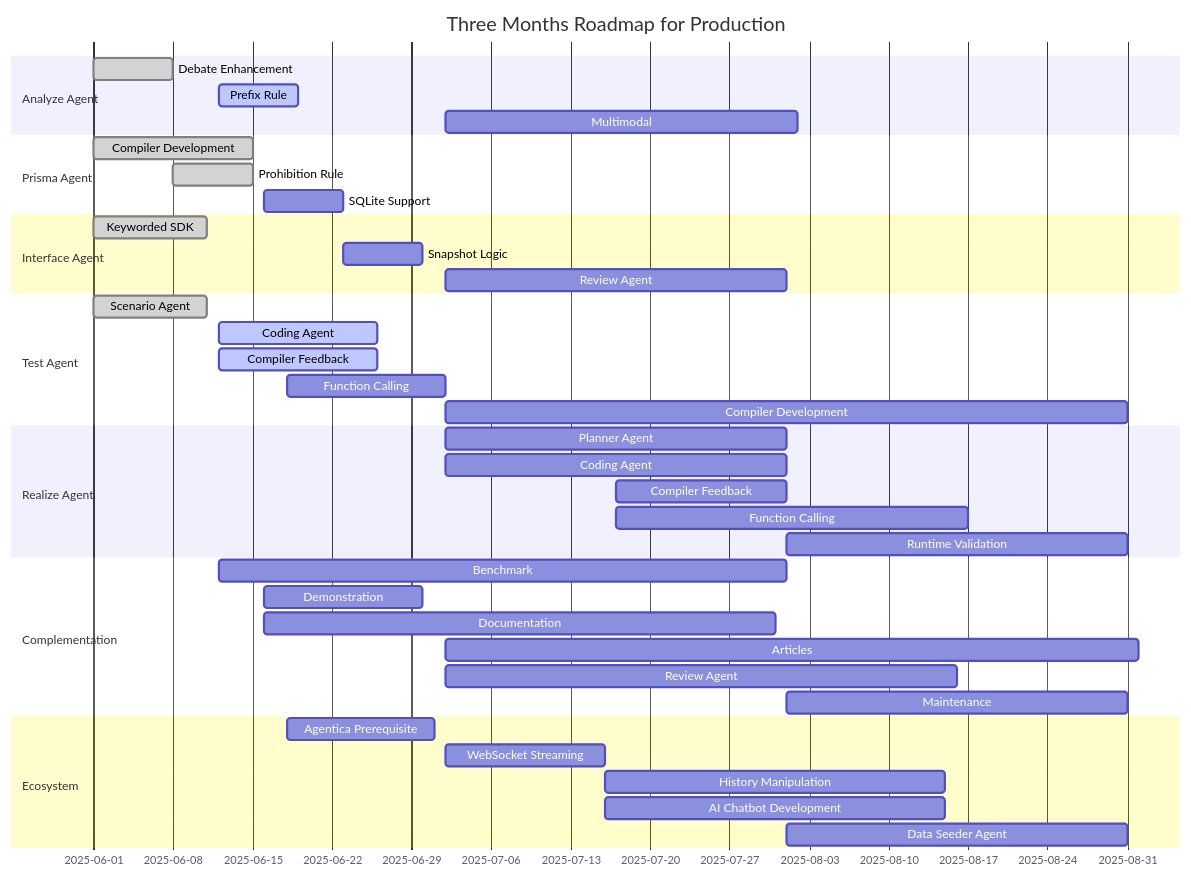
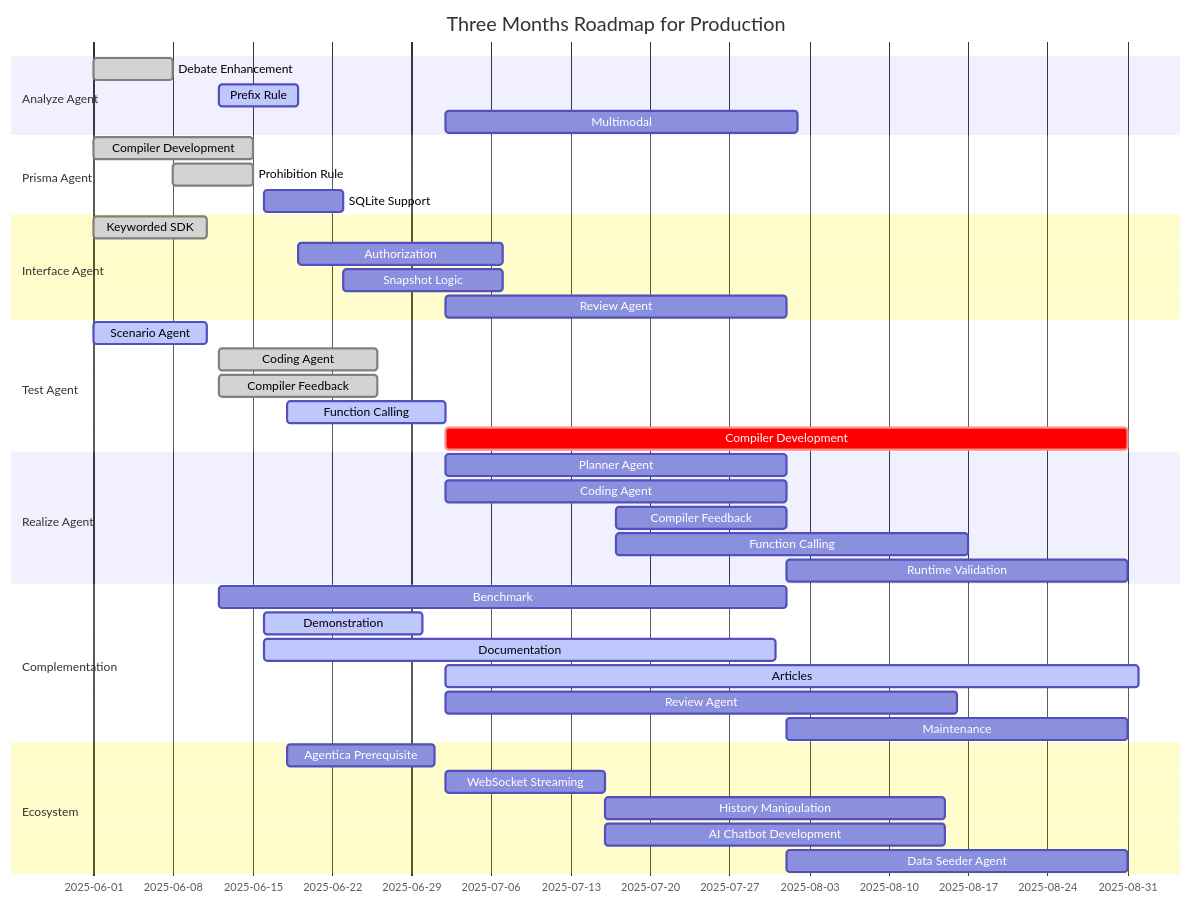
One commit to wrtnlabs/autobe changed the diagram in website/template/AutoBeRoadmapPreface.mdx. Above: the diagram before and after it, drawn with Mermaid. The commit also changed 2 other files, not shown here.

Commit message:
feat(website): new authorization plan to roadmap

````diff
--- a/website/template/AutoBeRoadmapPreface.mdx
+++ b/website/template/AutoBeRoadmapPreface.mdx
@@ -1,49 +1,50 @@
 ```mermaid
 gantt
   dateFormat YYYY-MM-DD
   title Three Months Roadmap for Production
 
   section Analyze Agent
   Debate Enhancement: done,    2025-06-01,  7d
   Prefix Rule:          active,  2025-06-12,  7d
   Multimodal:           planned, 2025-07-02, 31d
 
   section Prisma Agent
   Compiler Development: done,    2025-06-01, 14d
   Prohibition Rule:     done,    2025-06-08,  7d
   SQLite Support:       planned, 2025-06-16,  7d
 
   section Interface Agent
   Keyworded SDK:  done,    2025-06-01, 10d
-  Snapshot Logic: planned, 2025-06-23, 7d
+  Authorization:  planned, 2025-06-19, 18d
+  Snapshot Logic: planned, 2025-06-23, 14d
   Review Agent:   planned, 2025-07-02, 30d
 
   section Test Agent
-  Scenario Agent:       done,    2025-06-01, 10d        
-  Coding Agent:         active,  2025-06-12, 14d
-  Compiler Feedback:    active,  2025-06-12, 14d
-  Function Calling:     planned, 2025-06-18, 14d
-  Compiler Development: planned, 2025-07-02, 60d
+  Scenario Agent:       active, 2025-06-01, 10d        
+  Coding Agent:         done,   2025-06-12, 14d
+  Compiler Feedback:    done,   2025-06-12, 14d
+  Function Calling:     active, 2025-06-18, 14d
+  Compiler Development: crit,   2025-07-02, 60d
 
   section Realize Agent
   Planner Agent:      planned, 2025-07-02, 30d
   Coding Agent:       planned, 2025-07-02, 30d
   Compiler Feedback:  planned, 2025-07-17, 15d
   Function Calling:   planned, 2025-07-17, 31d
   Runtime Validation: planned, 2025-08-01, 30d
 
   section Complementation
   Benchmark:     planned, 2025-06-12, 50d
-  Demonstration: planned, 2025-06-16, 14d
-  Documentation: planned, 2025-06-16, 45d
-  Articles:      planned, 2025-07-02, 61d
+  Demonstration: active,  2025-06-16, 14d
+  Documentation: active,  2025-06-16, 45d
+  Articles:      active,  2025-07-02, 61d
   Review Agent:  planned, 2025-07-02, 45d
   Maintenance:   planned, 2025-08-01, 30d
 
   section Ecosystem
   Agentica Prerequisite:  planned, 2025-06-18, 13d
   WebSocket Streaming:    planned, 2025-07-02, 14d
   History Manipulation:   planned, 2025-07-16, 30d
   AI Chatbot Development: planned, 2025-07-16, 30d
   Data Seeder Agent:      planned, 2025-08-01, 30d
 ```
````
